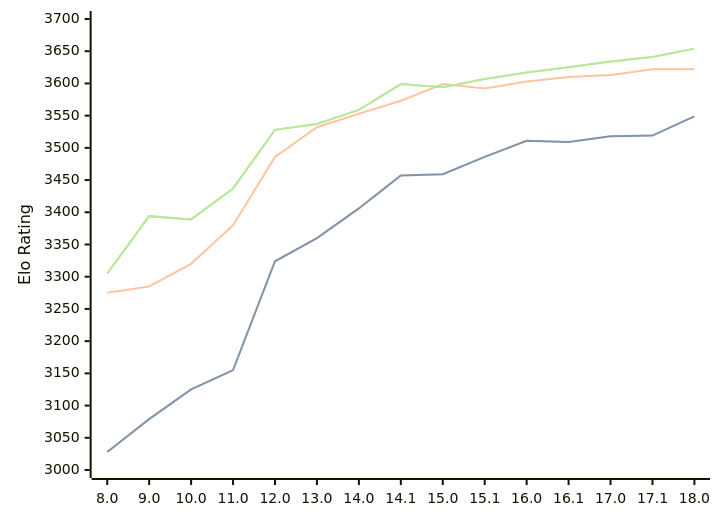
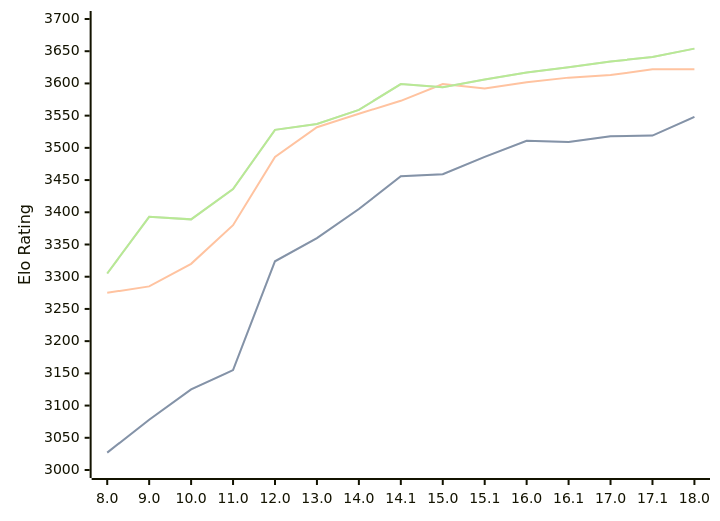
One commit to computer-chess-index/cci changed the diagram in engines/Stockfish.md. Above: the diagram before and after it, drawn with Mermaid. The commit also changed other lines of this file, not shown here.

Commit message:
Update CCI Ratings (ELO VLTC) - 2026-04-21

````diff
--- a/engines/Stockfish.md
+++ b/engines/Stockfish.md
@@ -46,11 +46,11 @@
 ```mermaid
 %%{init: {"theme":"base","themeVariables":{"seriesColors:['#a3a3a3','#222221','#faa371']}}}%%
 xychart-beta
   x-axis ["8.0", "9.0", "10.0", "11.0", "12.0", "13.0", "14.0", "14.1", "15.0", "15.1", "16.0", "16.1", "17.0", "17.1", "18.0"]
   y-axis "Elo Rating" 3000 --> 3700
-  line "STC (8.0+0.08s)" [3028, 3079, 3125, 3155, 3324, 3360, 3406, 3457, 3459, 3486, 3511, 3509, 3518, 3519, 3549]
-  line "STC (8.0+0.08s)" [3028, 3079, 3125, 3155, 3324, 3360, 3406, 3457, 3459, 3486, 3511, 3509, 3518, 3519, 3549]
-  line "LTC (60.0+0.60s)" [3275, 3285, 3320, 3380, 3486, 3532, 3553, 3573, 3599, 3592, 3603, 3610, 3613, 3622, 3622]
-  line "VLTC (2m24s+1.12s)" [3305, 3394, 3389, 3437, 3528, 3537, 3559, 3599, 3594, 3607, 3617, 3625, 3634, 3641, 3654]
-  line "VLTC (2m24s+1.12s)" [3305, 3394, 3389, 3437, 3528, 3537, 3559, 3599, 3594, 3607, 3617, 3625, 3634, 3641, 3654]
+  line "STC (8.0+0.08s)" [3027, 3078, 3125, 3155, 3324, 3360, 3405, 3456, 3459, 3486, 3511, 3509, 3518, 3519, 3548]
+  line "STC (8.0+0.08s)" [3027, 3078, 3125, 3155, 3324, 3360, 3405, 3456, 3459, 3486, 3511, 3509, 3518, 3519, 3548]
+  line "LTC (60.0+0.60s)" [3275, 3285, 3320, 3380, 3486, 3532, 3553, 3573, 3599, 3592, 3602, 3609, 3613, 3622, 3622]
+  line "VLTC (2m24s+1.12s)" [3305, 3393, 3389, 3436, 3528, 3537, 3559, 3599, 3594, 3606, 3617, 3625, 3634, 3641, 3654]
+  line "VLTC (2m24s+1.12s)" [3305, 3393, 3389, 3436, 3528, 3537, 3559, 3599, 3594, 3606, 3617, 3625, 3634, 3641, 3654]
 ```
````
